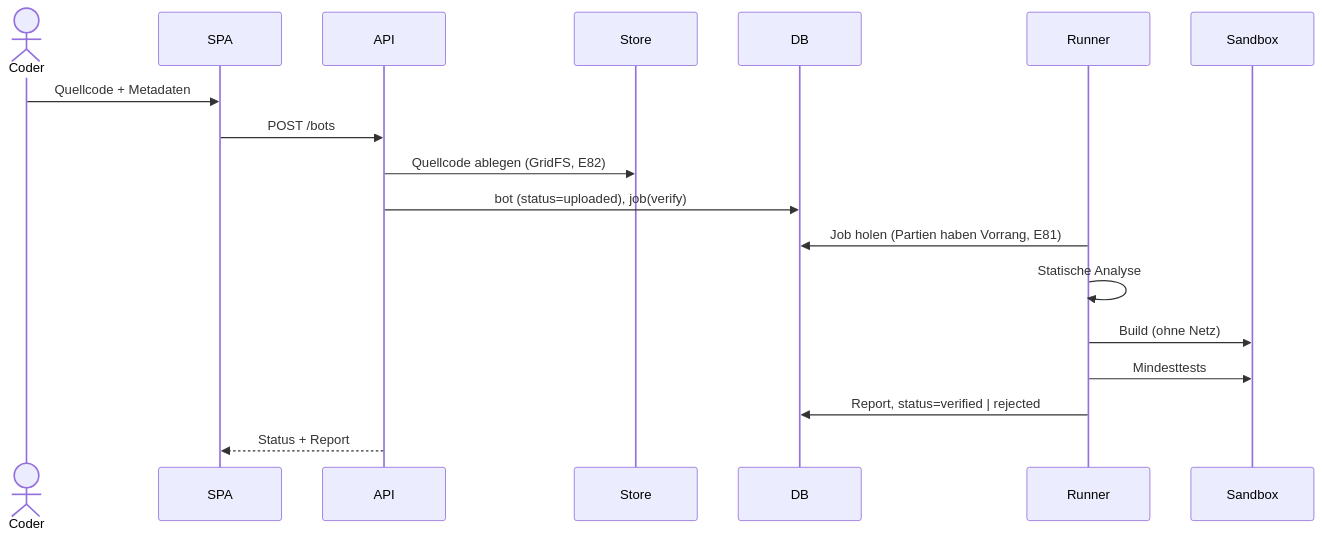
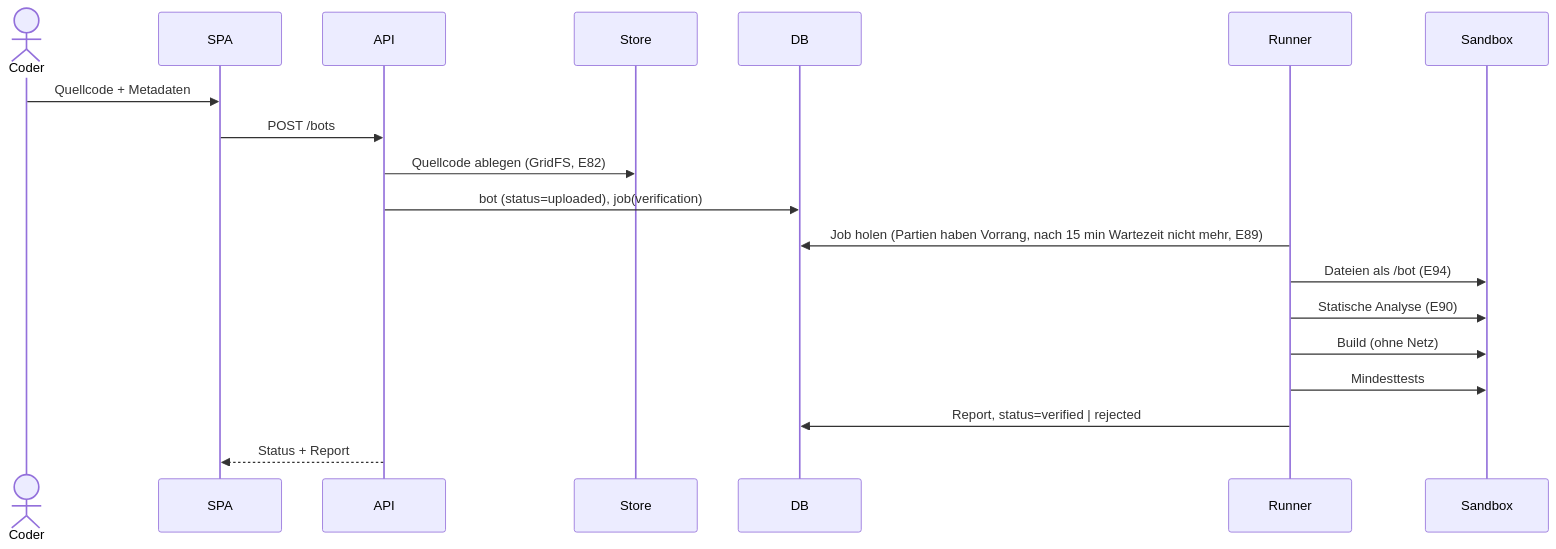
The first of 2 diagrams in docs/architektur/ablaeufe.md (DevTGP/SchachBotManager), drawn with Mermaid before and after one commit. The commit also changed other lines of this file and 11 other files, not shown here.

````diff
--- a/docs/architektur/ablaeufe.md
+++ b/docs/architektur/ablaeufe.md
@@ -5,14 +5,15 @@
 ```mermaid
 sequenceDiagram
   actor Coder
   Coder->>SPA: Quellcode + Metadaten
   SPA->>API: POST /bots
   API->>Store: Quellcode ablegen (GridFS, E82)
-  API->>DB: bot (status=uploaded), job(verify)
-  Runner->>DB: Job holen (Partien haben Vorrang, E81)
-  Runner->>Runner: Statische Analyse
+  API->>DB: bot (status=uploaded), job(verification)
+  Runner->>DB: Job holen (Partien haben Vorrang, nach 15 min Wartezeit nicht mehr, E89)
+  Runner->>Sandbox: Dateien als /bot (E94)
+  Runner->>Sandbox: Statische Analyse (E90)
   Runner->>Sandbox: Build (ohne Netz)
   Runner->>Sandbox: Mindesttests
   Runner->>DB: Report, status=verified | rejected
   API-->>SPA: Status + Report
 ```
````
